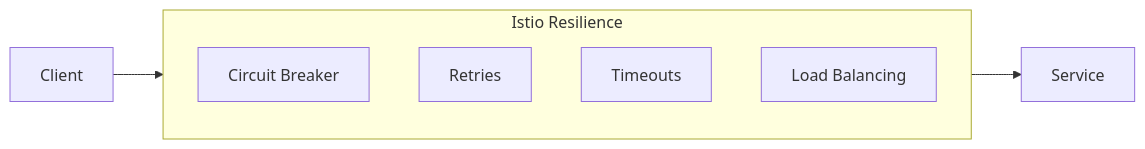
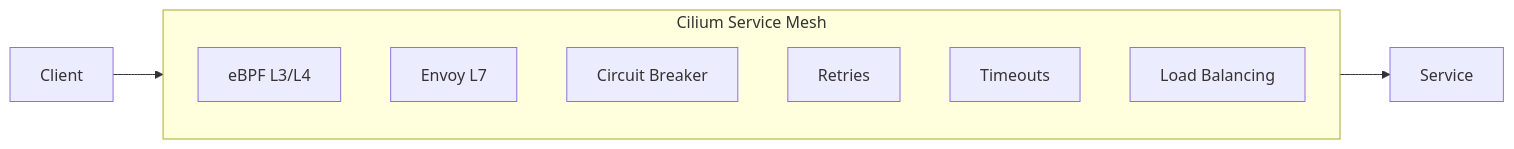
One commit to openova-io/handbook changed the first of 2 diagrams in docs/adrs/ADR-OPERATIONAL-RESILIENCE.md. Above: the diagram before and after it, drawn with Mermaid. The commit also changed other lines of this file and 19 other files, not shown here.

First line of the commit message:
docs: update architecture for Cilium Service Mesh and Gitea

````diff
--- a/docs/adrs/ADR-OPERATIONAL-RESILIENCE.md
+++ b/docs/adrs/ADR-OPERATIONAL-RESILIENCE.md
@@ -55,11 +21,13 @@
 ```mermaid
 flowchart LR
-    Client --> Istio
-    subgraph Istio["Istio Resilience"]
+    Client --> Cilium
+    subgraph Cilium["Cilium Service Mesh"]
+        eBPF[eBPF L3/L4]
+        Envoy[Envoy L7]
         CB[Circuit Breaker]
         RT[Retries]
         TO[Timeouts]
         LB[Load Balancing]
     end
-    Istio --> Service
+    Cilium --> Service
 ```
````
